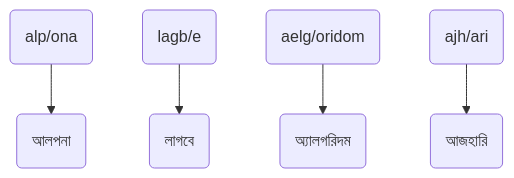
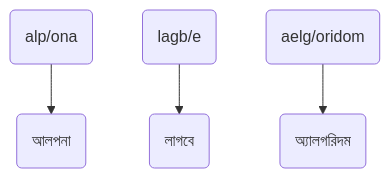
One commit to KhiproTeam/khipro-quickstart changed diagram 22 of 22 in README.md. Above: the diagram before and after it, drawn with Mermaid.

Commit message:
jh/ স্লাইসিং সংক্রান্ত উদাহরণ বাদ দেওয়া

````diff
--- a/README.md
+++ b/README.md
@@ -317,7 +317,6 @@
 ```mermaid
 flowchart TD
 a(alp/ona) --> b(আলপনা)
 e(lagb/e) --> f(লাগবে)
 z(aelg/oridom) --> g(অ্যালগরিদম)
-h(ajh/ari) --> i(আজহারি)
 ```
````
